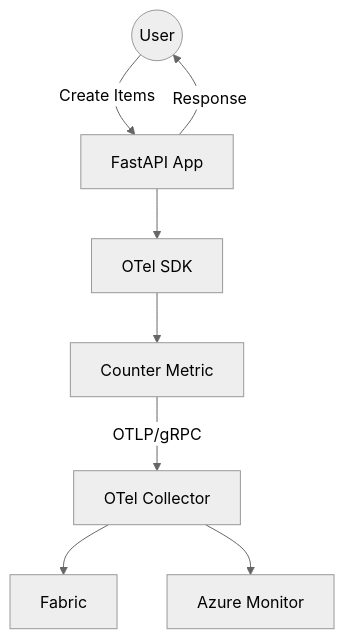
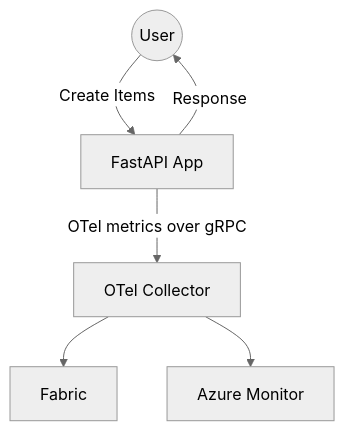
Before and after one commit to syedhassaanahmed/otel-to-fabric: the diagram in README.md, drawn with Mermaid (neutral theme). The commit also changed other lines of this file, not shown here.

````diff
--- a/README.md
+++ b/README.md
@@ -3,10 +5,8 @@
 ```mermaid
 flowchart TD
     User((User)) -->|"Create Items"| FastAPI[FastAPI App]
     FastAPI -->|"Response"| User
-    FastAPI --> OTelSDK[OTel SDK]
-    OTelSDK --> Metrics["Counter Metric"]
-    Metrics -->|"OTLP/gRPC"| Collector[OTel Collector]
+    FastAPI -->|"OTel metrics over gRPC"| Collector[OTel Collector]
     Collector --> Fabric
     Collector --> AzMon[Azure Monitor]
 ```
````
